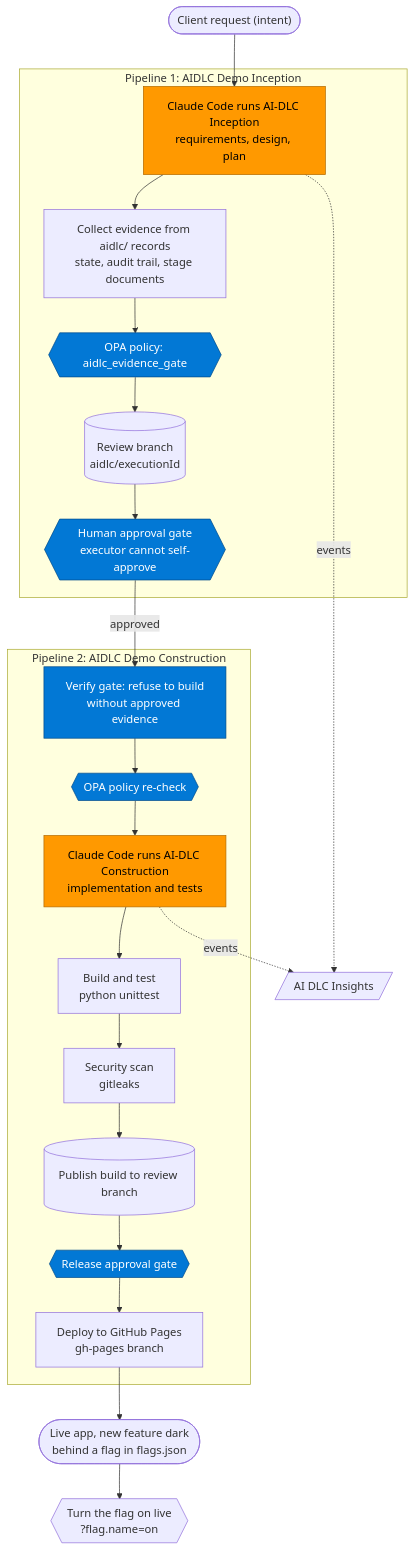
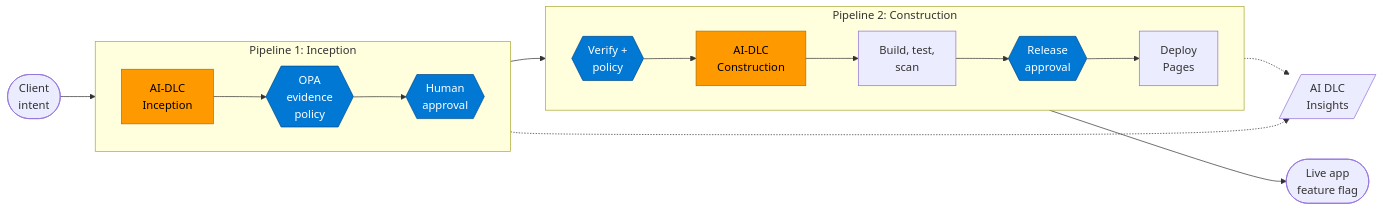
One commit to chieftechgirl/ai-dlc-demo-app changed the diagram in README.md. Above: the diagram before and after it, drawn with Mermaid.

Commit message:
Make README flow diagram horizontal and more compact

````diff
--- a/README.md
+++ b/README.md
@@ -9,36 +9,23 @@
 ```mermaid
-flowchart TD
-    I(["Client request (intent)"]) --> INC
+flowchart LR
+    I(["Client<br/>intent"]) --> A
 
-    subgraph P1["Pipeline 1: AIDLC Demo Inception"]
-        INC["Claude Code runs AI-DLC Inception<br/>requirements, design, plan"]:::aws
-        EV1["Collect evidence from aidlc/ records<br/>state, audit trail, stage documents"]
-        POL1{{"OPA policy: aidlc_evidence_gate"}}:::gov
-        BR1[("Review branch<br/>aidlc/executionId")]
-        G1{{"Human approval gate<br/>executor cannot self-approve"}}:::gov
-        INC --> EV1 --> POL1 --> BR1 --> G1
+    subgraph P1["Pipeline 1: Inception"]
+        direction LR
+        A["AI-DLC<br/>Inception"]:::aws --> B{{"OPA<br/>evidence<br/>policy"}}:::gov --> C{{"Human<br/>approval"}}:::gov
     end
 
-    G1 -->|approved| VER
+    C --> D
 
-    subgraph P2["Pipeline 2: AIDLC Demo Construction"]
-        VER["Verify gate: refuse to build<br/>without approved evidence"]:::gov
-        POL2{{"OPA policy re-check"}}:::gov
-        CON["Claude Code runs AI-DLC Construction<br/>implementation and tests"]:::aws
-        BT["Build and test<br/>python unittest"]
-        SEC["Security scan<br/>gitleaks"]
-        PUB[("Publish build to review branch")]
-        G2{{"Release approval gate"}}:::gov
-        DEP["Deploy to GitHub Pages<br/>gh-pages branch"]
-        VER --> POL2 --> CON --> BT --> SEC --> PUB --> G2 --> DEP
+    subgraph P2["Pipeline 2: Construction"]
+        direction LR
+        D{{"Verify +<br/>policy"}}:::gov --> E["AI-DLC<br/>Construction"]:::aws --> F["Build, test,<br/>scan"] --> G{{"Release<br/>approval"}}:::gov --> H["Deploy<br/>Pages"]
     end
 
-    DEP --> LIVE(["Live app, new feature dark<br/>behind a flag in flags.json"])
-    LIVE --> FLAG{{"Turn the flag on live<br/>?flag.name=on"}}
-
-    INC -.->|events| AIDI[/"AI DLC Insights"/]
-    CON -.->|events| AIDI
+    H --> L(["Live app<br/>feature flag"])
+    A -.-> X[/"AI DLC<br/>Insights"/]
+    E -.-> X
 
     classDef aws fill:#FF9900,stroke:#B36B00,color:#000
     classDef gov fill:#0278D5,stroke:#014B8A,color:#fff
 ```
````
